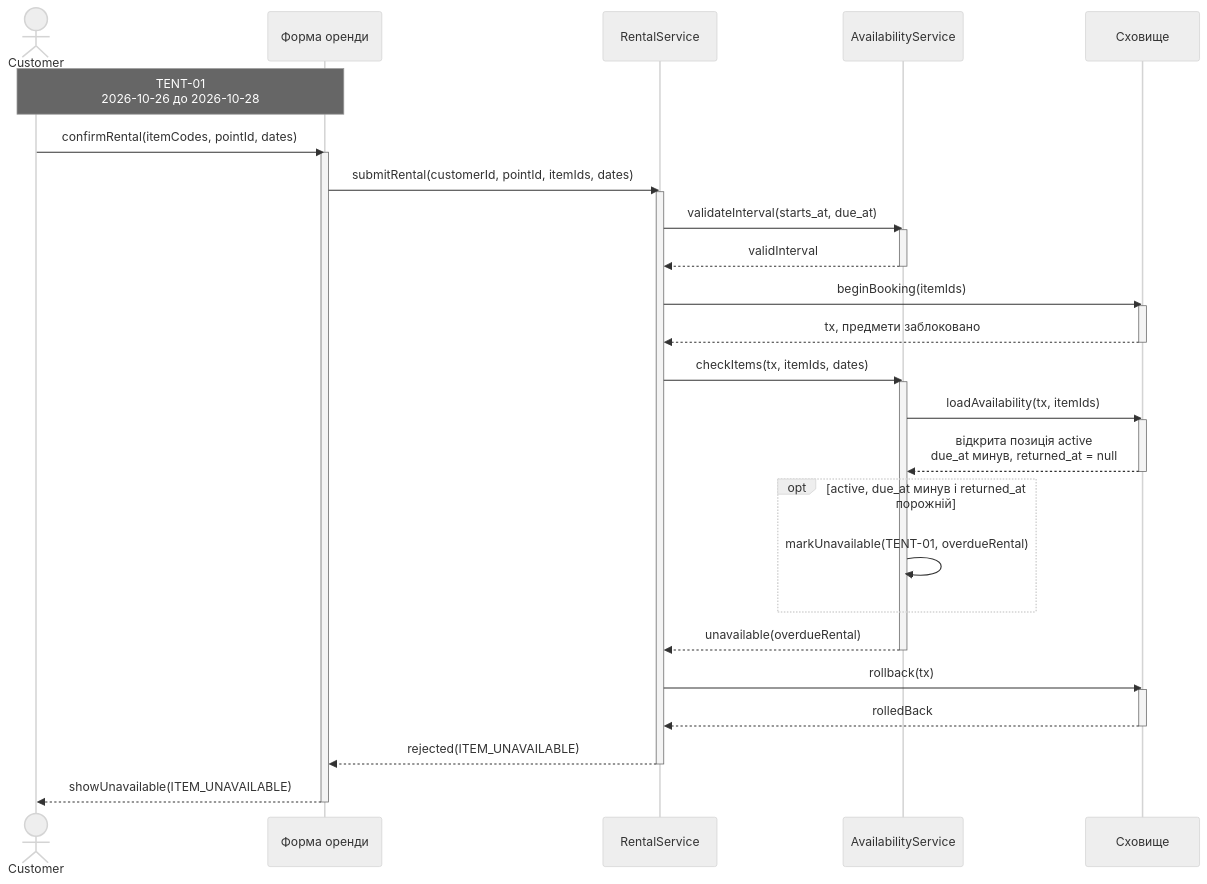
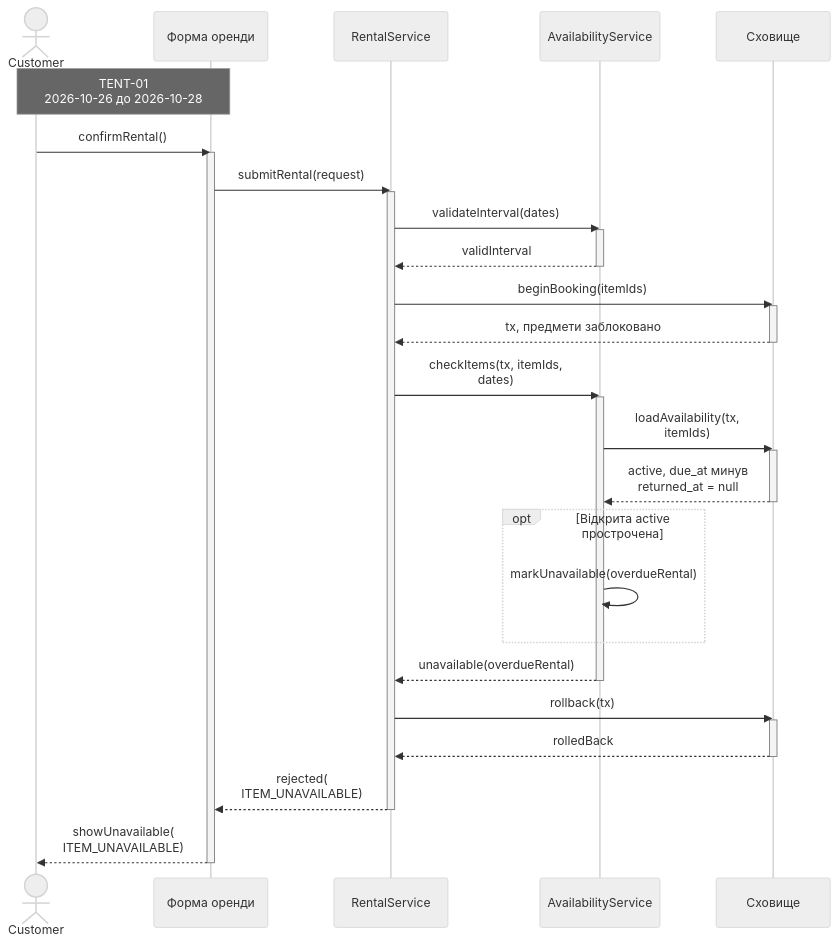
One commit to kirgafan/KPI_labs changed the second of 6 diagrams in Labs/lab-3/model.md. Above: the diagram before and after it, drawn with Mermaid (neutral theme). The commit also changed other lines of this file and 2 other files, not shown here.

Commit message:
refactor(lab-3): shorten sequence labels and clarify render criteria

````diff
--- a/Labs/lab-3/model.md
+++ b/Labs/lab-3/model.md
@@ -65,40 +65,40 @@
 ```mermaid
 sequenceDiagram
     actor C as Customer
     participant U as Форма оренди
     participant R as RentalService
     participant A as AvailabilityService
     participant S as Сховище
     Note over C,U: TENT-01<br/>2026-10-26 до 2026-10-28
-    C->>U: confirmRental(itemCodes, pointId, dates)
+    C->>U: confirmRental()
     activate U
-    U->>R: submitRental(customerId, pointId, itemIds, dates)
+    U->>R: submitRental(request)
     activate R
-    R->>A: validateInterval(starts_at, due_at)
+    R->>A: validateInterval(dates)
     activate A
     A-->>R: validInterval
     deactivate A
     R->>S: beginBooking(itemIds)
     activate S
     S-->>R: tx, предмети заблоковано
     deactivate S
-    R->>A: checkItems(tx, itemIds, dates)
+    R->>A: checkItems(tx, itemIds,<br/>dates)
     activate A
-    A->>S: loadAvailability(tx, itemIds)
+    A->>S: loadAvailability(tx,<br/>itemIds)
     activate S
-    S-->>A: відкрита позиція active<br/>due_at минув, returned_at = null
+    S-->>A: active, due_at минув<br/>returned_at = null
     deactivate S
-    opt active, due_at минув і returned_at порожній
-        A->>A: markUnavailable(TENT-01, overdueRental)
+    opt Відкрита active прострочена
+        A->>A: markUnavailable(overdueRental)
     end
     A-->>R: unavailable(overdueRental)
     deactivate A
     R->>S: rollback(tx)
     activate S
     S-->>R: rolledBack
     deactivate S
-    R-->>U: rejected(ITEM_UNAVAILABLE)
+    R-->>U: rejected(<br/>ITEM_UNAVAILABLE)
     deactivate R
-    U-->>C: showUnavailable(ITEM_UNAVAILABLE)
+    U-->>C: showUnavailable(<br/>ITEM_UNAVAILABLE)
     deactivate U
 ```
````
